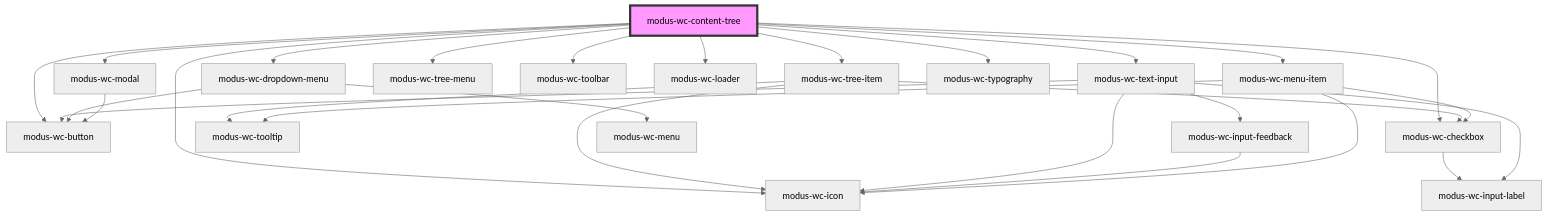
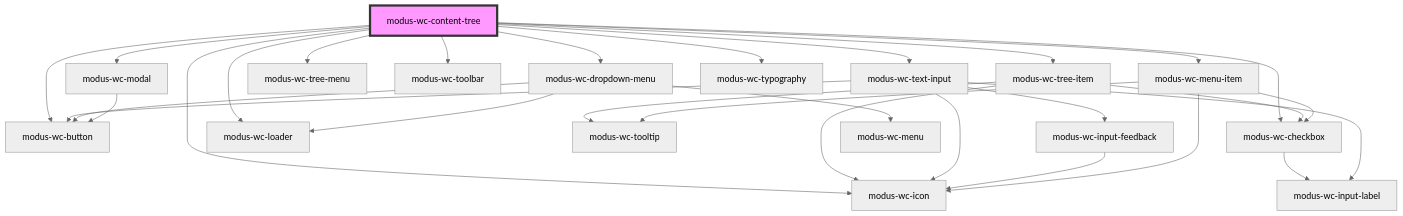
One commit to trimble-oss/modus-wc-2.0 changed the diagram in src/components/modus-wc-content-tree/readme.md. Above: the diagram before and after it, drawn with Mermaid (neutral theme). The commit also changed 8 other files, not shown here.

````diff
--- a/src/components/modus-wc-content-tree/readme.md
+++ b/src/components/modus-wc-content-tree/readme.md
@@ -73,31 +73,32 @@
 ```mermaid
 graph TD;
   modus-wc-content-tree --> modus-wc-tree-item
   modus-wc-content-tree --> modus-wc-button
   modus-wc-content-tree --> modus-wc-icon
   modus-wc-content-tree --> modus-wc-checkbox
   modus-wc-content-tree --> modus-wc-text-input
   modus-wc-content-tree --> modus-wc-dropdown-menu
   modus-wc-content-tree --> modus-wc-menu-item
   modus-wc-content-tree --> modus-wc-tree-menu
   modus-wc-content-tree --> modus-wc-toolbar
   modus-wc-content-tree --> modus-wc-loader
   modus-wc-content-tree --> modus-wc-modal
   modus-wc-content-tree --> modus-wc-typography
   modus-wc-tree-item --> modus-wc-checkbox
   modus-wc-tree-item --> modus-wc-tooltip
   modus-wc-tree-item --> modus-wc-icon
   modus-wc-checkbox --> modus-wc-input-label
   modus-wc-text-input --> modus-wc-input-label
   modus-wc-text-input --> modus-wc-icon
   modus-wc-text-input --> modus-wc-button
   modus-wc-text-input --> modus-wc-input-feedback
   modus-wc-input-feedback --> modus-wc-icon
   modus-wc-dropdown-menu --> modus-wc-button
   modus-wc-dropdown-menu --> modus-wc-menu
+  modus-wc-dropdown-menu --> modus-wc-loader
   modus-wc-menu-item --> modus-wc-checkbox
   modus-wc-menu-item --> modus-wc-tooltip
   modus-wc-menu-item --> modus-wc-icon
   modus-wc-modal --> modus-wc-button
   style modus-wc-content-tree fill:#f9f,stroke:#333,stroke-width:4px
 ```
````
